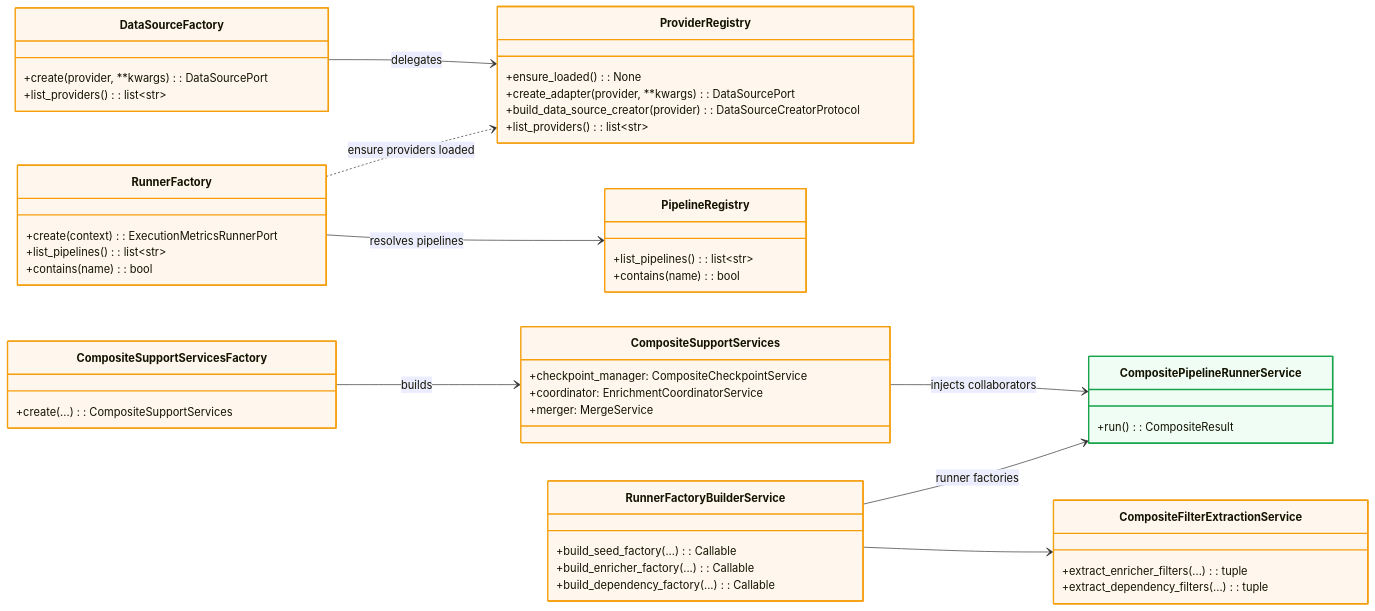
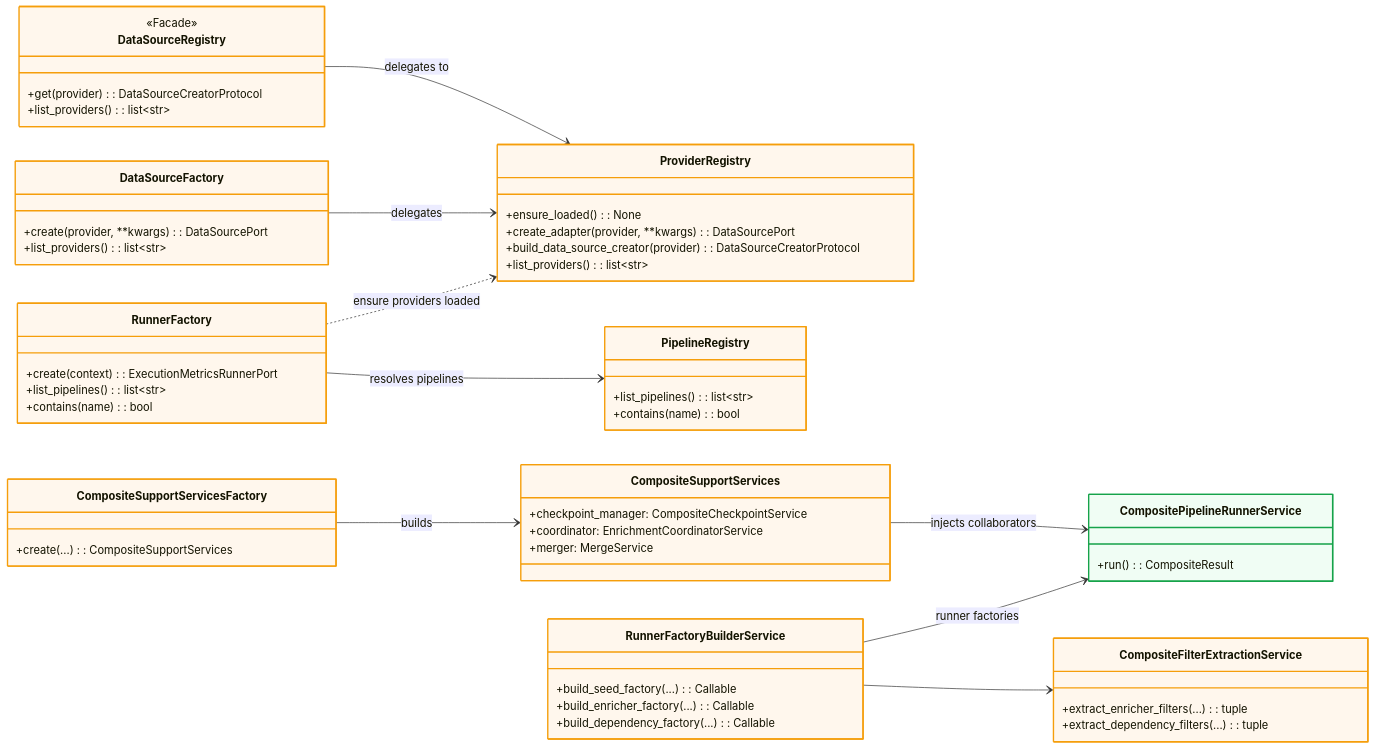
The diagram in docs/02-architecture/diagrams/class-diagrams/16-factories-bootstrap.mmd (SatoryKono/BioactivityDataAcquisition), drawn with Mermaid before and after one commit. The commit also changed 89 other files, not shown here.

```diff
--- a/docs/02-architecture/diagrams/class-diagrams/16-factories-bootstrap.mmd
+++ b/docs/02-architecture/diagrams/class-diagrams/16-factories-bootstrap.mmd
@@ -1,77 +1,85 @@
 %% BioETL — Class Diagram: Factories & Bootstrap
 %% Current composition-layer factories, provider registry, and runtime assembly.
 
 %% @version 1.1.0
 %% @date    2026-03-16
 %% @type    classDiagram
 %% @level   Class / Interface
 %% @nodes   9
 %% @uniform class width=208 height=138 max_title_len=22 max_desc_lines=6
 
 classDiagram
     direction LR
     class ProviderRegistry {
         +ensure_loaded(): None
         +create_adapter(provider, **kwargs): DataSourcePort
         +build_data_source_creator(provider): DataSourceCreatorProtocol
+        +list_providers(): list~str~
+    }
+
+    class DataSourceRegistry {
+        <<Facade>>
+        +get(provider): DataSourceCreatorProtocol
         +list_providers(): list~str~
     }
 
     class DataSourceFactory {
         +create(provider, **kwargs): DataSourcePort
         +list_providers(): list~str~
     }
 
     class PipelineRegistry {
         +list_pipelines(): list~str~
         +contains(name): bool
     }
 
     class RunnerFactory {
         +create(context): ExecutionMetricsRunnerPort
         +list_pipelines(): list~str~
         +contains(name): bool
     }
 
     class RunnerFactoryBuilderService {
         +build_seed_factory(...): Callable
         +build_enricher_factory(...): Callable
         +build_dependency_factory(...): Callable
     }
 
     class CompositeFilterExtractionService {
         +extract_enricher_filters(...): tuple
         +extract_dependency_filters(...): tuple
     }
 
     class CompositeSupportServices {
         +checkpoint_manager: CompositeCheckpointService
         +coordinator: EnrichmentCoordinatorService
         +merger: MergeService
     }
 
     class CompositeSupportServicesFactory {
         +create(...): CompositeSupportServices
     }
 
     class CompositePipelineRunnerService {
         +run(): CompositeResult
     }
 
+    DataSourceRegistry --> ProviderRegistry : delegates to
     DataSourceFactory --> ProviderRegistry : delegates
     RunnerFactory --> PipelineRegistry : resolves pipelines
     RunnerFactory ..> ProviderRegistry : ensure providers loaded
     RunnerFactoryBuilderService --> CompositeFilterExtractionService
     CompositeSupportServicesFactory --> CompositeSupportServices : builds
     CompositeSupportServices --> CompositePipelineRunnerService : injects collaborators
     RunnerFactoryBuilderService --> CompositePipelineRunnerService : runner factories
 
     style ProviderRegistry fill:#fff7ed,stroke:#f59e0b,stroke-width:2px
+    style DataSourceRegistry fill:#fff7ed,stroke:#f59e0b,stroke-width:2px
     style DataSourceFactory fill:#fff7ed,stroke:#f59e0b,stroke-width:2px
     style PipelineRegistry fill:#fff7ed,stroke:#f59e0b,stroke-width:2px
     style RunnerFactory fill:#fff7ed,stroke:#f59e0b,stroke-width:2px
     style RunnerFactoryBuilderService fill:#fff7ed,stroke:#f59e0b,stroke-width:2px
     style CompositeFilterExtractionService fill:#fff7ed,stroke:#f59e0b,stroke-width:2px
     style CompositeSupportServices fill:#fff7ed,stroke:#f59e0b,stroke-width:2px
     style CompositeSupportServicesFactory fill:#fff7ed,stroke:#f59e0b,stroke-width:2px
     style CompositePipelineRunnerService fill:#f0fdf4,stroke:#16a34a,stroke-width:2px
```
